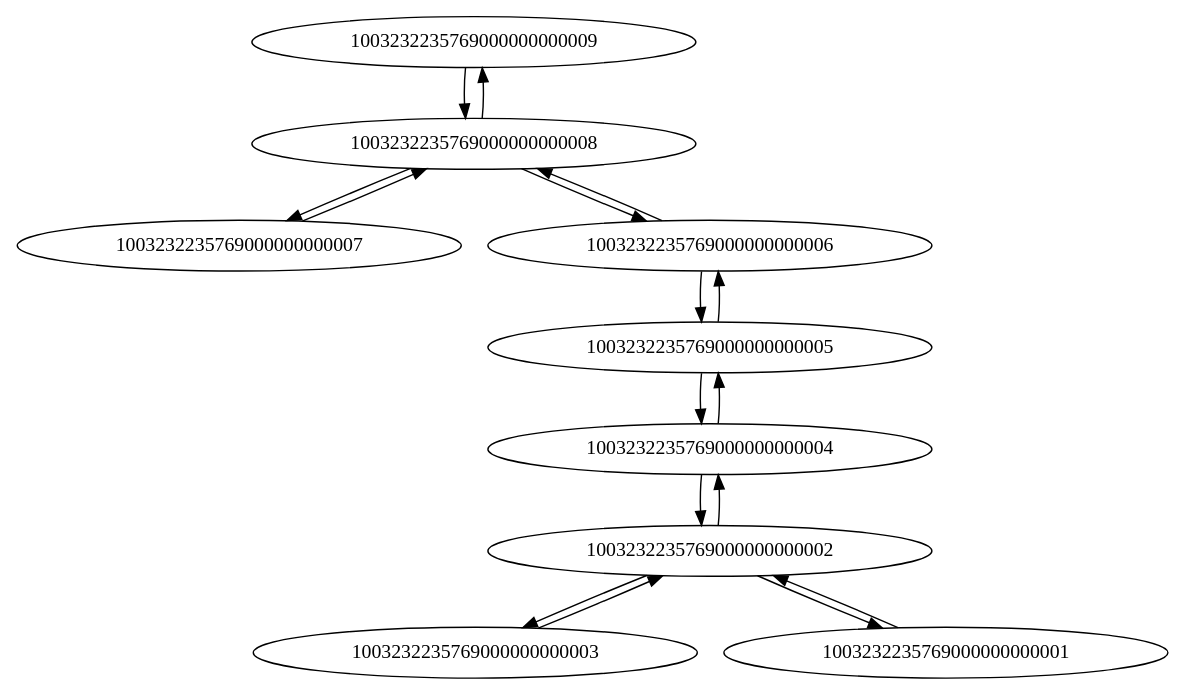
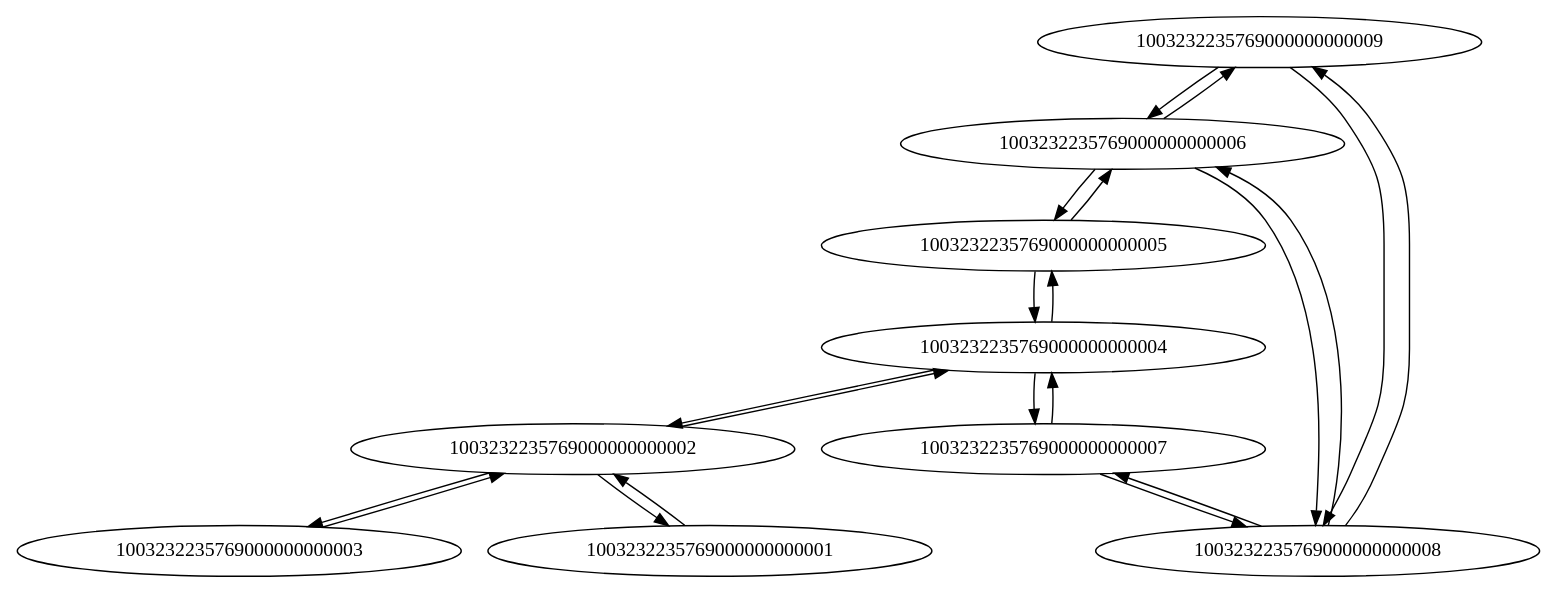
Before and after one commit to BSpendlove/sr-te-controller: the diagram in sdncontroller/test.gv, drawn with Graphviz. The commit also changed 2 other files, not shown here.

```diff
--- a/sdncontroller/test.gv
+++ b/sdncontroller/test.gv
@@ -1,18 +1,22 @@
 digraph G {
+	1003232235769000000000009 -> 1003232235769000000000006
 	1003232235769000000000009 -> 1003232235769000000000008
 	1003232235769000000000008 -> 1003232235769000000000009
 	1003232235769000000000008 -> 1003232235769000000000007
 	1003232235769000000000008 -> 1003232235769000000000006
+	1003232235769000000000007 -> 1003232235769000000000004
 	1003232235769000000000007 -> 1003232235769000000000008
+	1003232235769000000000006 -> 1003232235769000000000009
 	1003232235769000000000006 -> 1003232235769000000000008
 	1003232235769000000000006 -> 1003232235769000000000005
 	1003232235769000000000005 -> 1003232235769000000000006
 	1003232235769000000000005 -> 1003232235769000000000004
+	1003232235769000000000004 -> 1003232235769000000000007
 	1003232235769000000000004 -> 1003232235769000000000002
 	1003232235769000000000004 -> 1003232235769000000000005
 	1003232235769000000000002 -> 1003232235769000000000003
 	1003232235769000000000002 -> 1003232235769000000000004
 	1003232235769000000000002 -> 1003232235769000000000001
 	1003232235769000000000003 -> 1003232235769000000000002
 	1003232235769000000000001 -> 1003232235769000000000002
 }
```
